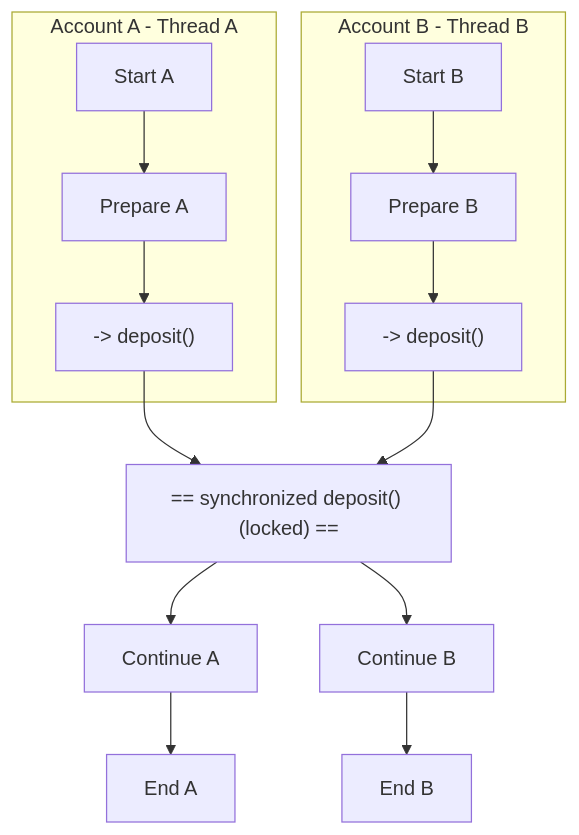
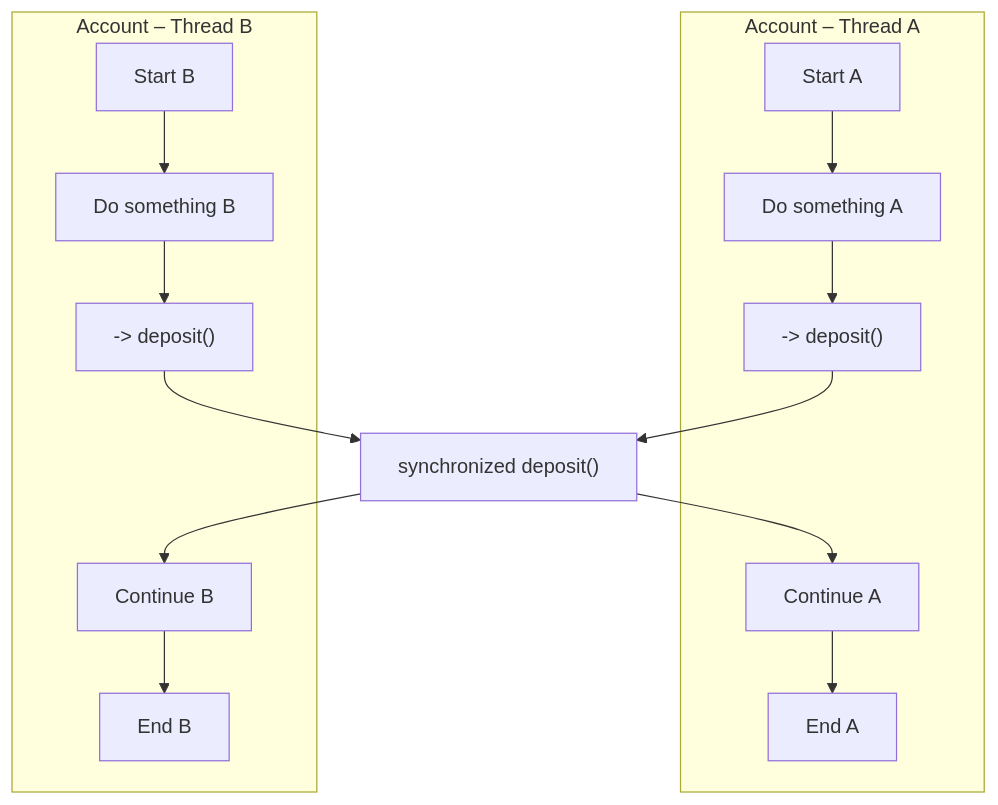
One commit to vesavvo/Object-Oriented-Programming changed the diagram in 5.2_Synchronization.md. Above: the diagram before and after it, drawn with Mermaid. The commit also changed other lines of this file, not shown here.

Commit message:
Update 5.2_Synchronization.md
Fixed visual representation of synchronized method.

````diff
--- a/5.2_Synchronization.md
+++ b/5.2_Synchronization.md
@@ -215,33 +215,29 @@
 ```mermaid
 flowchart TD
-    %% Solmut molemmille säikeille
-    A1[Start A]
-    A2[Prepare A]
-    SyncStartA["-> deposit()"]
-    A3[Continue A]
-    A4[End A]
-
-    B1[Start B]
-    B2[Prepare B]
-    SyncStartB["-> deposit()"]
-    B3[Continue B]
-    B4[End B]
-
-    SyncFunc["== synchronized deposit() (locked) =="]
-
-    %% Säikeiden omat polut
-    subgraph AccountA [Account A - Thread A]
-        A1 --> A2 --> SyncStartA
+    %% Thread A vasemmalle
+    subgraph AccountA [Account – Thread A]
+        A1[Start A]
+        A2[Do something A]
+        SyncStartA["-> deposit()"]
+        A3[Continue A]
+        A4[End A]
     end
 
-    subgraph AccountB [Account B - Thread B]
-        B1 --> B2 --> SyncStartB
+    %% Thread B oikealle
+    subgraph AccountB [Account – Thread B]
+        B1[Start B]
+        B2[Do something B]
+        SyncStartB["-> deposit()"]
+        B3[Continue B]
+        B4[End B]
     end
 
-    %% Synkronoitua deposit-funktiota varten
-    SyncStartA & SyncStartB --> SyncFunc
+    %% Yhdistävä logiikka
+    A1 --> A2 --> SyncStartA
+    B1 --> B2 --> SyncStartB
 
-    %% Jatkuu omilla poluilla depositin jälkeen
+    SyncStartA & SyncStartB --> SyncFunc[" synchronized deposit() "]
+
     SyncFunc --> A3 --> A4
     SyncFunc --> B3 --> B4
 ```
````
